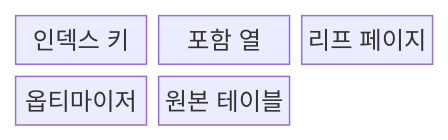
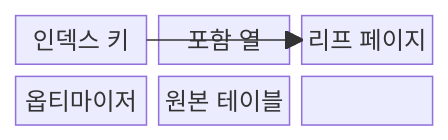
The first of 2 diagrams in src/content/docs/notes/03-software/094_clustered_covering_index.md (agnusdei1207/knowledge-base), drawn with Mermaid before and after one commit. The commit also changed other lines of this file and 20 other files, not shown here.

````diff
--- a/src/content/docs/notes/03-software/094_clustered_covering_index.md
+++ b/src/content/docs/notes/03-software/094_clustered_covering_index.md
@@ -54,9 +61,12 @@
 ```mermaid
-block-beta
+block
   columns 3
   K["인덱스 키"]
   C["포함 열"]
   L["리프 페이지"]
   O["옵티마이저"]
   T["원본 테이블"]
+  K --> L
+  C --> L
+  O --> L --> T
 ```
````
